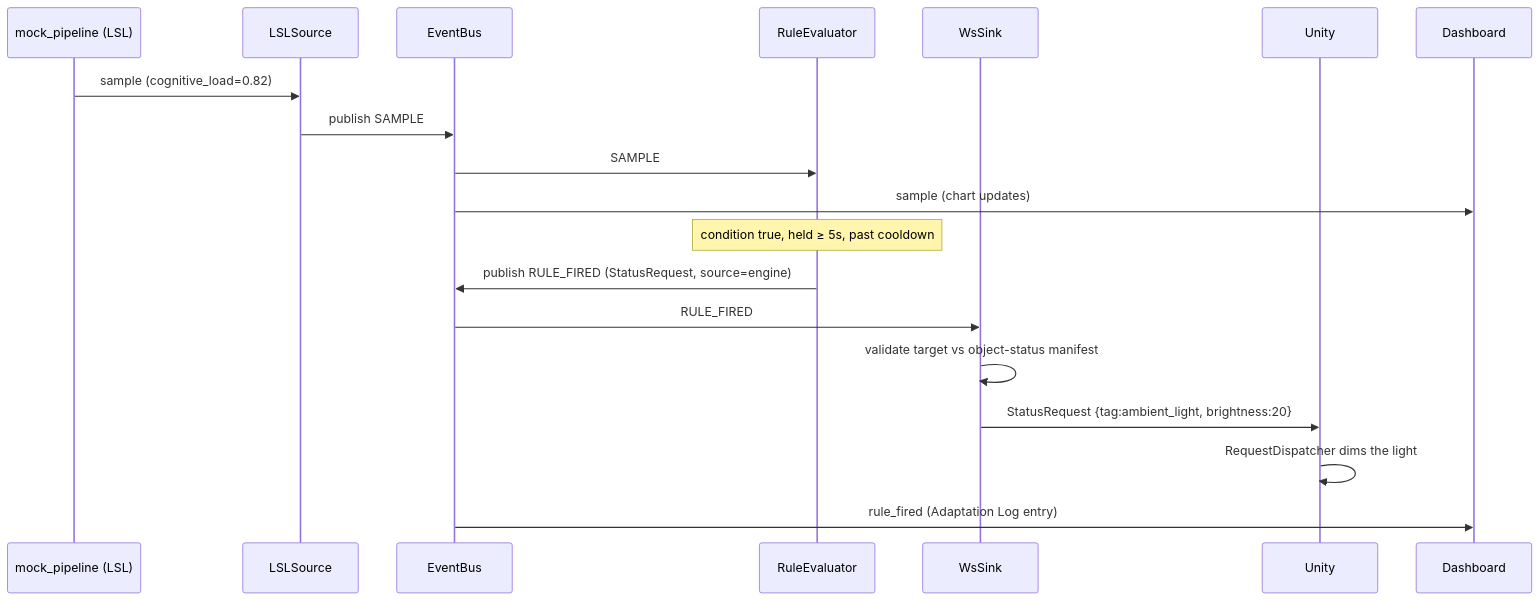
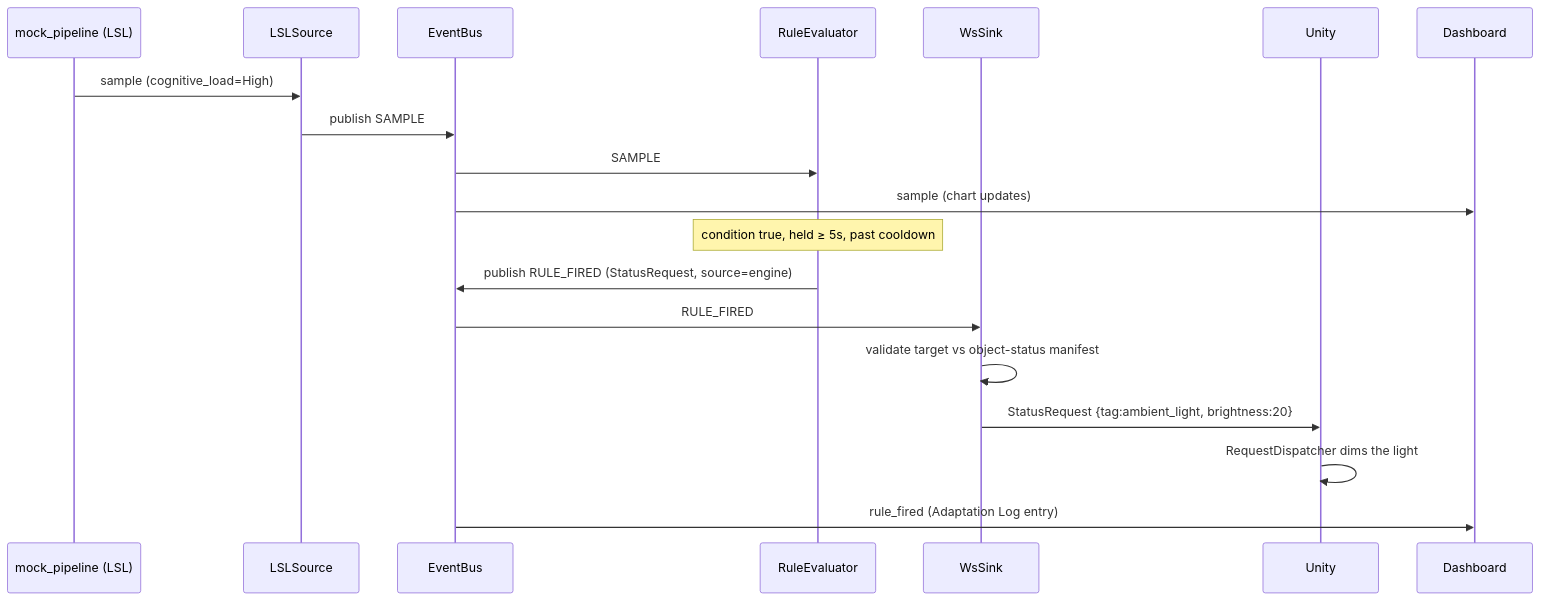
Before and after one commit to Puthikunkim/p4p: the seventh of 9 diagrams in docs/HOW_IT_WORKS.md, drawn with Mermaid. The commit also changed other lines of this file, not shown here.

First line of the commit message:
docs: correct stale dim-lights rule listing to categorical cognitive_load

````diff
--- a/docs/HOW_IT_WORKS.md
+++ b/docs/HOW_IT_WORKS.md
@@ -593,22 +593,22 @@
 ```mermaid
 sequenceDiagram
   participant SP as mock_pipeline (LSL)
   participant LSL as LSLSource
   participant BUS as EventBus
   participant ENG as RuleEvaluator
   participant SINK as WsSink
   participant U as Unity
   participant UI as Dashboard
 
-  SP->>LSL: sample (cognitive_load=0.82)
+  SP->>LSL: sample (cognitive_load=High)
   LSL->>BUS: publish SAMPLE
   BUS->>ENG: SAMPLE
   BUS->>UI: sample (chart updates)
   Note over ENG: condition true, held ≥ 5s, past cooldown
   ENG->>BUS: publish RULE_FIRED (StatusRequest, source=engine)
   BUS->>SINK: RULE_FIRED
   SINK->>SINK: validate target vs object-status manifest
   SINK->>U: StatusRequest {tag:ambient_light, brightness:20}
   U->>U: RequestDispatcher dims the light
   BUS->>UI: rule_fired (Adaptation Log entry)
 ```
````
